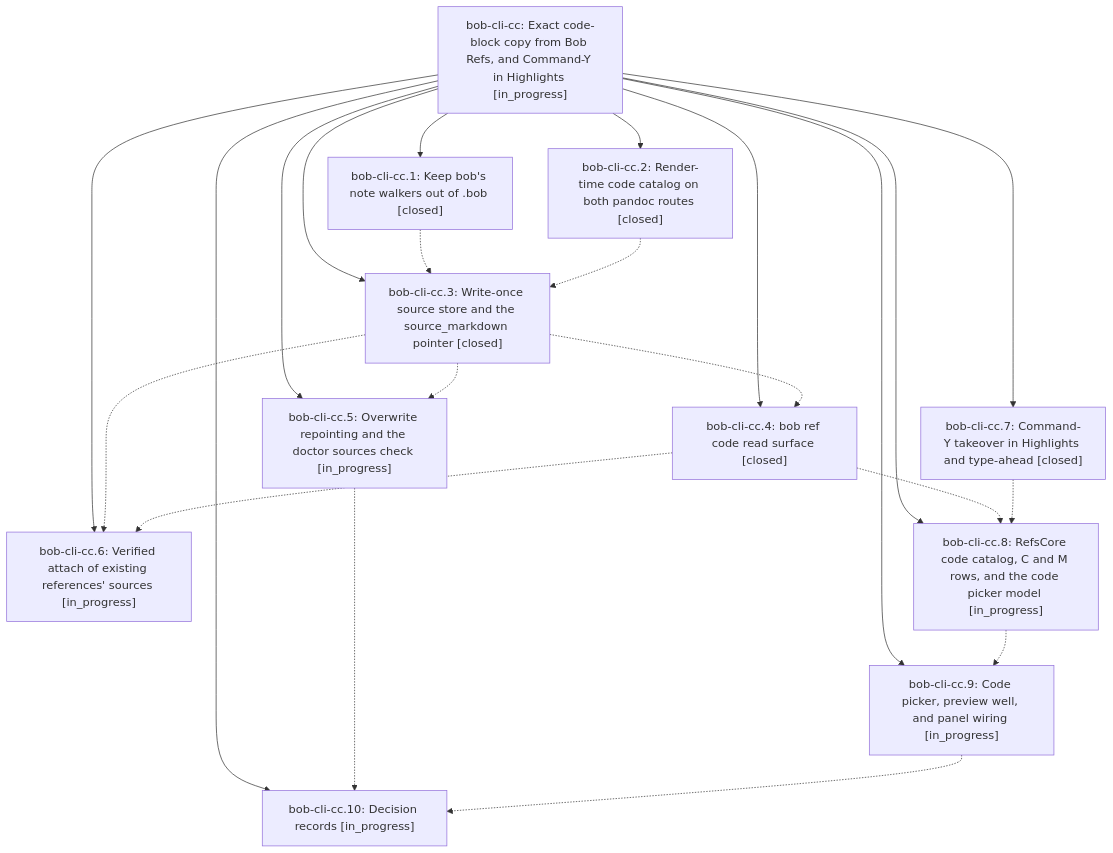
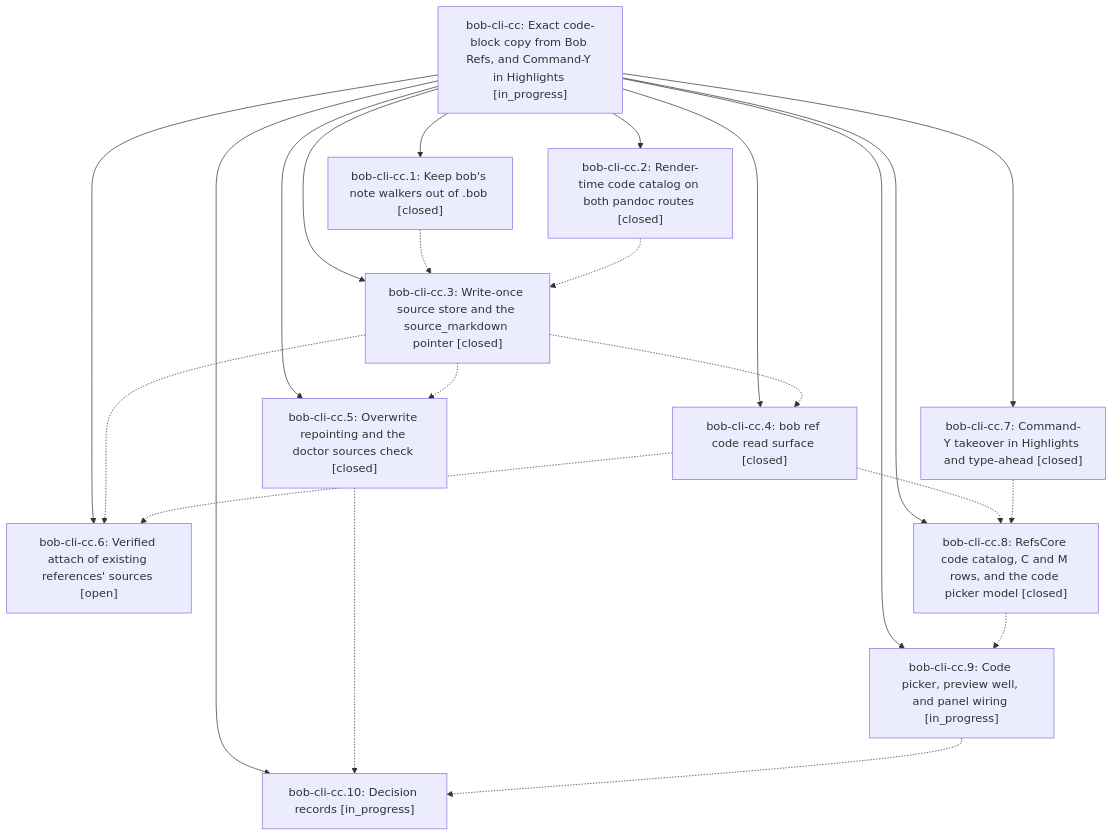
Before and after one commit to bobs-org/bob-cli--beads: the diagram in pages/bob-cli-cc/README.md, drawn with Mermaid. The commit also changed other lines of this file and 8 other files, not shown here.

First line of the commit message:
chore(beads): sync bead state and pages for bob-cli-cc

````diff
--- a/pages/bob-cli-cc/README.md
+++ b/pages/bob-cli-cc/README.md
@@ -45,35 +45,35 @@
 ```mermaid
 flowchart TD
     n0["bob-cli-cc: Exact code-block copy from Bob Refs, and Command-Y in Highlights [in_progress]"]
     n1["bob-cli-cc.1: Keep bob's note walkers out of .bob [closed]"]
     n2["bob-cli-cc.10: Decision records [in_progress]"]
     n3["bob-cli-cc.2: Render-time code catalog on both pandoc routes [closed]"]
     n4["bob-cli-cc.3: Write-once source store and the source_markdown pointer [closed]"]
     n5["bob-cli-cc.4: bob ref code read surface [closed]"]
-    n6["bob-cli-cc.5: Overwrite repointing and the doctor sources check [in_progress]"]
-    n7["bob-cli-cc.6: Verified attach of existing references' sources [in_progress]"]
+    n6["bob-cli-cc.5: Overwrite repointing and the doctor sources check [closed]"]
+    n7["bob-cli-cc.6: Verified attach of existing references' sources [open]"]
     n8["bob-cli-cc.7: Command-Y takeover in Highlights and type-ahead [closed]"]
-    n9["bob-cli-cc.8: RefsCore code catalog, C and M rows, and the code picker model [in_progress]"]
+    n9["bob-cli-cc.8: RefsCore code catalog, C and M rows, and the code picker model [closed]"]
     n10["bob-cli-cc.9: Code picker, preview well, and panel wiring [in_progress]"]
     n0 --> n1
     n0 --> n2
     n0 --> n3
     n0 --> n4
     n0 --> n5
     n0 --> n6
     n0 --> n7
     n0 --> n8
     n0 --> n9
     n0 --> n10
     n1 -.-> n4
     n3 -.-> n4
     n4 -.-> n5
     n4 -.-> n6
     n4 -.-> n7
     n5 -.-> n7
     n5 -.-> n9
     n6 -.-> n2
     n8 -.-> n9
     n9 -.-> n10
     n10 -.-> n2
 ```
````
